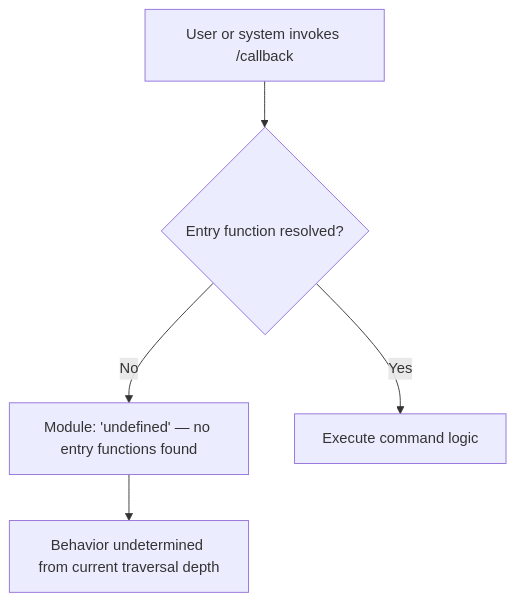
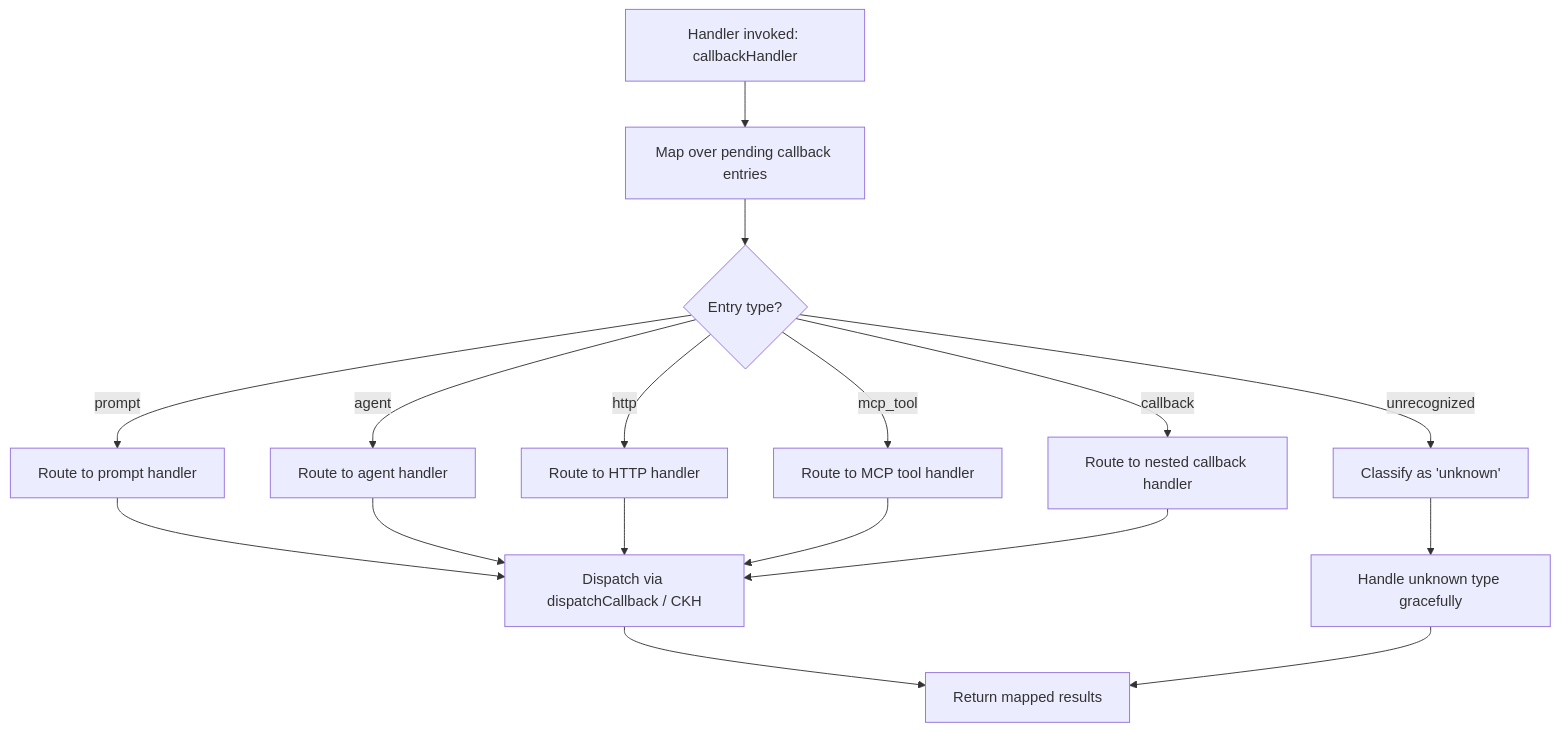
Before and after one commit to MyLittleLuckyDog/cc-gnothi: the diagram in versions/v2.1.158/callback.md, drawn with Mermaid. The commit also changed other lines of this file and 593 other files, not shown here.

````diff
--- a/versions/v2.1.158/callback.md
+++ b/versions/v2.1.158/callback.md
@@ -45,7 +53,14 @@
 ```mermaid
 flowchart TD
-    A[User or system invokes /callback] --> B{Entry function resolved?}
-    B -- No --> C[Module: 'undefined' — no entry functions found]
-    B -- Yes --> D[Execute command logic]
-    C --> E[Behavior undetermined from current traversal depth]
+    A[Handler invoked: callbackHandler] --> B[Map over pending callback entries]
+    B --> C{Entry type?}
+    C -->|"prompt"| D[Route to prompt handler]
+    C -->|"agent"| E[Route to agent handler]
+    C -->|"http"| F[Route to HTTP handler]
+    C -->|"mcp_tool"| G[Route to MCP tool handler]
+    C -->|"callback"| H[Route to nested callback handler]
+    C -->|unrecognized| I[Classify as 'unknown']
+    D & E & F & G & H --> J[Dispatch via dispatchCallback / CKH]
+    I --> K[Handle unknown type gracefully]
+    J & K --> L[Return mapped results]
 ```
````
